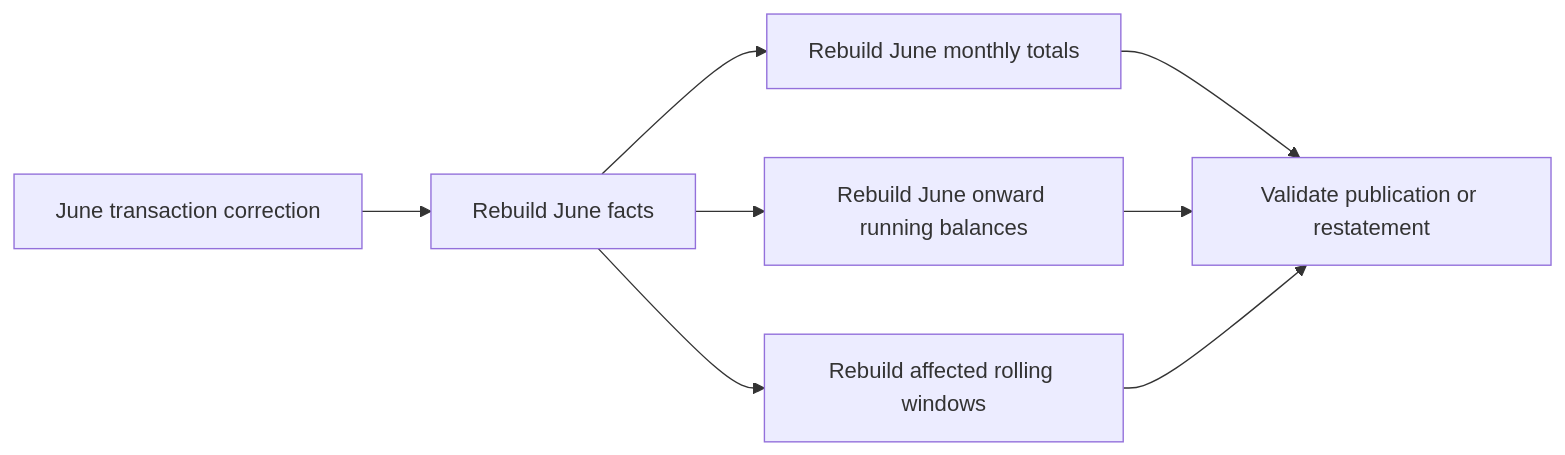
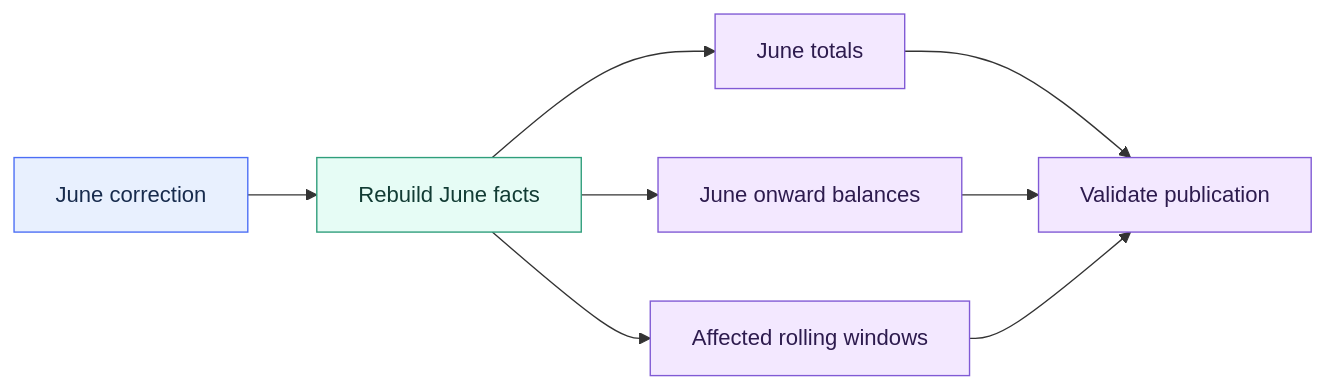
Before and after one commit to shonningsoy/Upskill: the second of 2 diagrams in 02 dbt/04 Incremental Processing and Performance/39 Full Refreshes Backfills and Replay.md, drawn with Mermaid. The commit also changed other lines of this file and 31 other files, not shown here.

````diff
--- a/02 dbt/04 Incremental Processing and Performance/39 Full Refreshes Backfills and Replay.md
+++ b/02 dbt/04 Incremental Processing and Performance/39 Full Refreshes Backfills and Replay.md
@@ -87,10 +97,19 @@
 ```mermaid
 flowchart LR
-    A["June transaction correction"] --> B["Rebuild June facts"]
-    B --> C["Rebuild June monthly totals"]
-    B --> D["Rebuild June onward running balances"]
-    B --> E["Rebuild affected rolling windows"]
-    C --> F["Validate publication or restatement"]
+    A[June correction] --> B[Rebuild June facts]
+    B --> C[June totals]
+    B --> D[June onward balances]
+    B --> E[Affected rolling windows]
+    C --> F[Validate publication]
     D --> F
     E --> F
+
+    classDef input fill:#E8F0FE,stroke:#4C6EF5,color:#172B4D
+    classDef control fill:#FFF3BF,stroke:#D69E2E,color:#3D2E00
+    classDef dbt fill:#E6FCF5,stroke:#2F9E7B,color:#123C34
+    classDef platform fill:#F1F3F5,stroke:#868E96,color:#212529
+    classDef output fill:#F3E8FF,stroke:#805AD5,color:#2D1B4E
+    class A input
+    class B dbt
+    class C,D,E,F output
 ```
````
